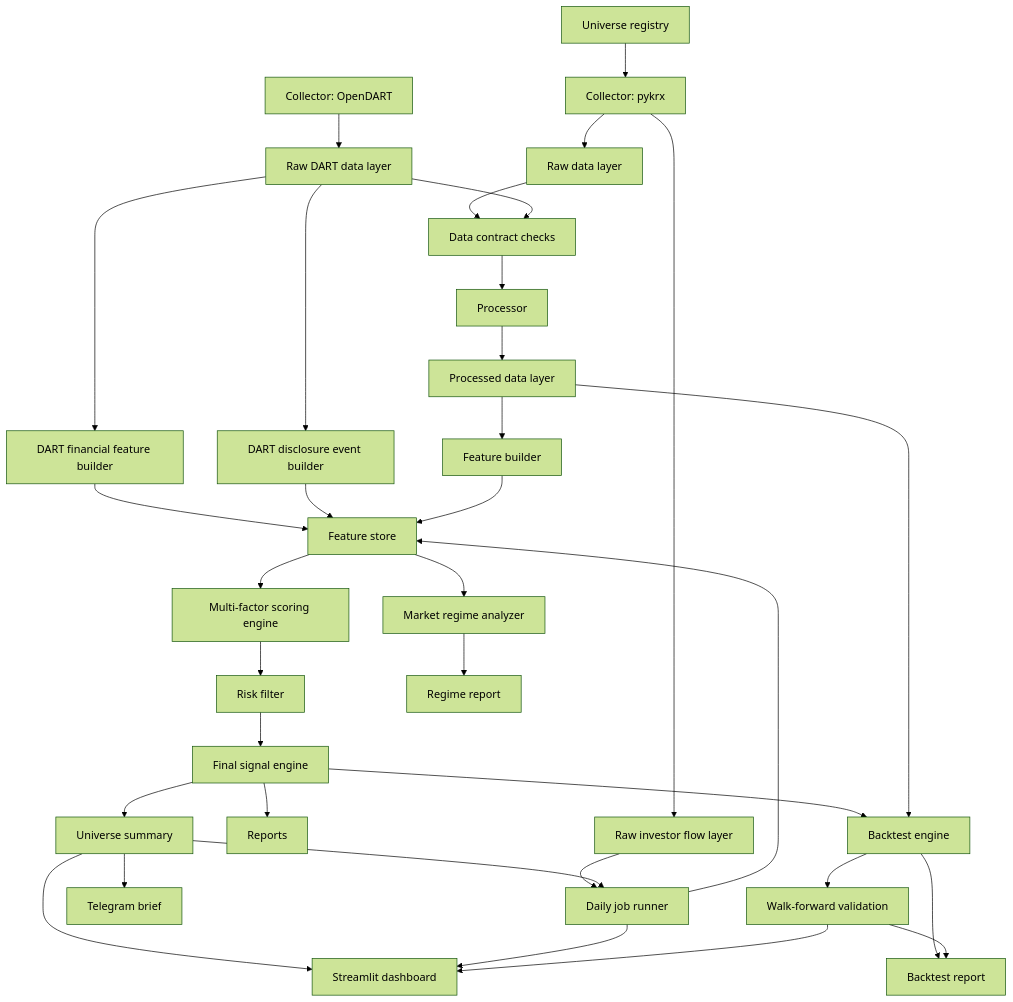
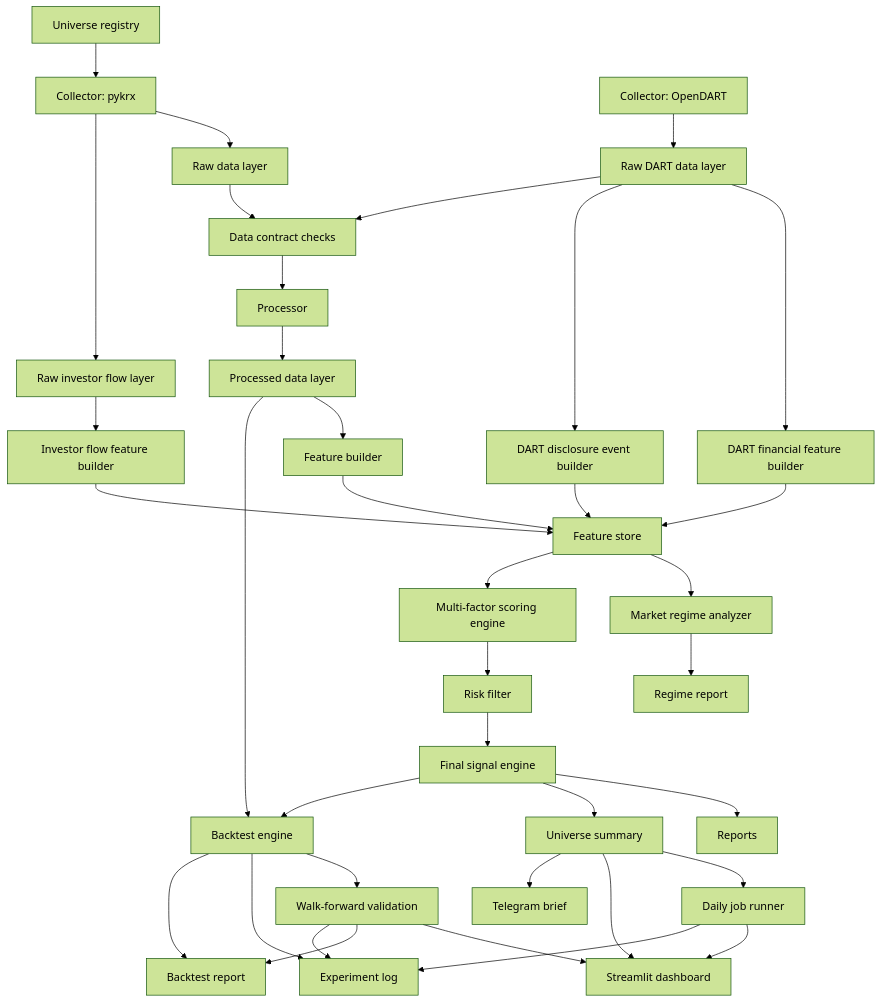
Before and after one commit to pkb0728-lgtm/krx-alpha-platform: the diagram in docs/architecture.md, drawn with Mermaid (forest theme). The commit also changed other lines of this file and 14 other files, not shown here.

````diff
--- a/docs/architecture.md
+++ b/docs/architecture.md
@@ -11,36 +11,39 @@
 ```mermaid
 flowchart TD
     U["Universe registry"] --> A
     A["Collector: pykrx"] --> B["Raw data layer"]
     A --> W["Raw investor flow layer"]
     X["Collector: OpenDART"] --> Y["Raw DART data layer"]
     Y --> Z["DART financial feature builder"]
     Y --> V["DART disclosure event builder"]
     Z --> G
     V --> G
     W --> S["Investor flow feature builder"]
     S --> G
     B --> C["Data contract checks"]
     Y --> C
     C --> D["Processor"]
     D --> E["Processed data layer"]
     E --> F["Feature builder"]
     F --> G["Feature store"]
     G --> R["Market regime analyzer"]
     G --> H["Multi-factor scoring engine"]
     H --> I["Risk filter"]
     I --> J["Final signal engine"]
     J --> K["Reports"]
     J --> L["Universe summary"]
-    L --> S["Daily job runner"]
+    L --> DJ["Daily job runner"]
     L --> M["Streamlit dashboard"]
-    S --> M
+    DJ --> M
     L --> T["Telegram brief"]
     J --> N["Backtest engine"]
     E --> N
     N --> Q["Walk-forward validation"]
+    N --> EL["Experiment log"]
     N --> O["Backtest report"]
     Q --> M
     Q --> O
+    Q --> EL
+    DJ --> EL
     R --> P["Regime report"]
 ```
````
